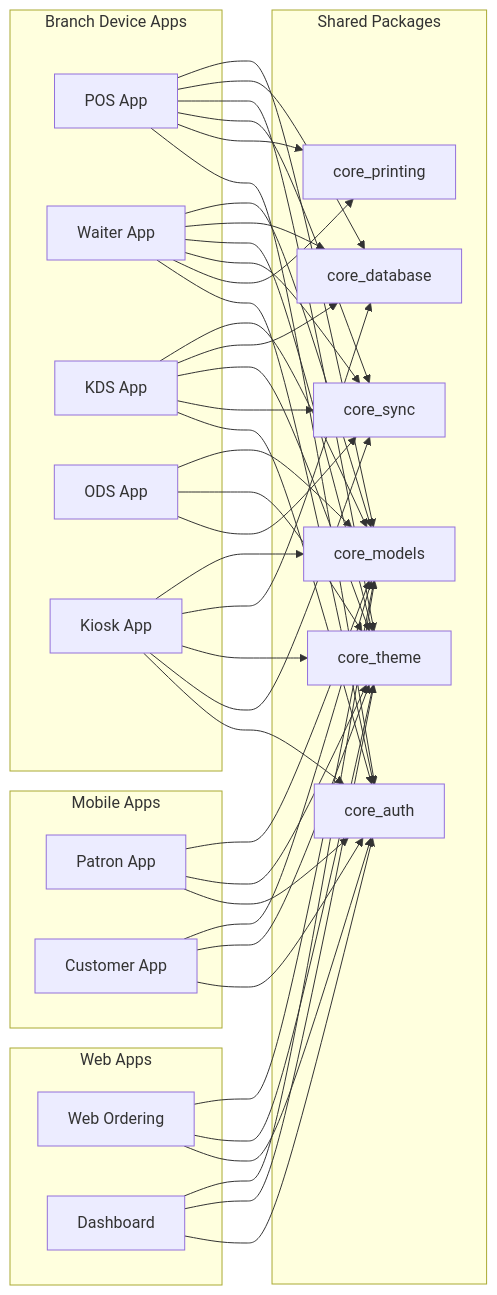
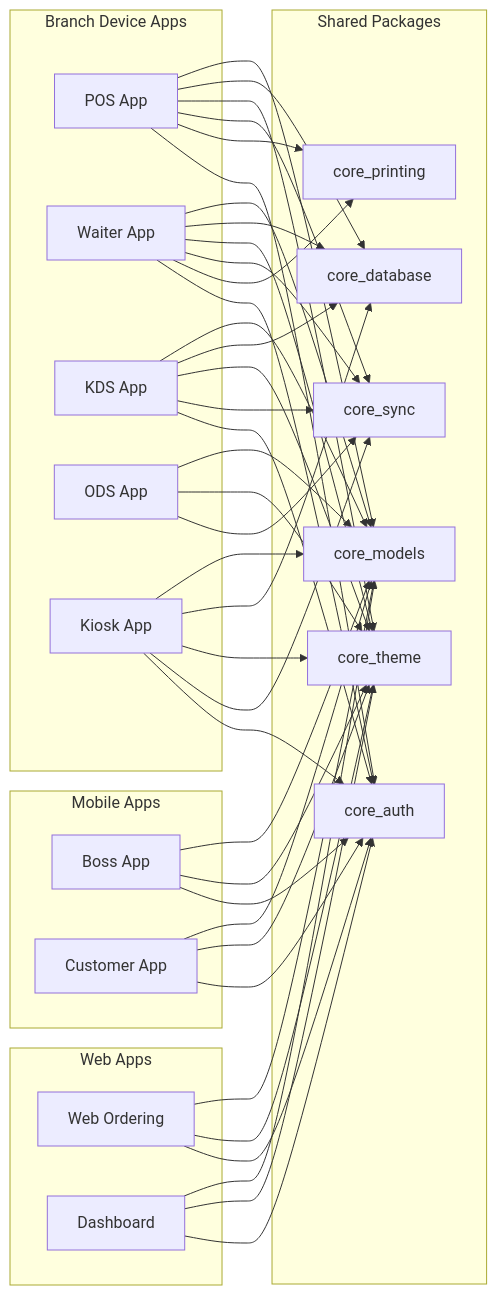
The third of 7 diagrams in docs/22-multi-app-architecture.md (2techdev/restaurant), drawn with Mermaid before and after one commit. The commit also changed other lines of this file and 5 other files, not shown here.

First line of the commit message:
rename: patron → boss (post-pilot owner mobile app)

````diff
--- a/docs/22-multi-app-architecture.md
+++ b/docs/22-multi-app-architecture.md
@@ -273,75 +273,75 @@
 ```mermaid
 graph LR
     subgraph "Shared Packages"
         MODELS["core_models"]
         DB["core_database"]
         THEME["core_theme"]
         SYNC["core_sync"]
         PRINT["core_printing"]
         AUTH["core_auth"]
     end
 
     subgraph "Branch Device Apps"
         POS["POS App"]
         WAITER["Waiter App"]
         KDS["KDS App"]
         ODS["ODS App"]
         KIOSK["Kiosk App"]
     end
 
     subgraph "Mobile Apps"
-        PATRON["Patron App"]
+        BOSS["Boss App"]
         CUSTOMER["Customer App"]
     end
 
     subgraph "Web Apps"
         WEB_ORDER["Web Ordering"]
         DASHBOARD["Dashboard"]
     end
 
     POS --> MODELS
     POS --> DB
     POS --> THEME
     POS --> SYNC
     POS --> PRINT
     POS --> AUTH
 
     WAITER --> MODELS
     WAITER --> DB
     WAITER --> THEME
     WAITER --> SYNC
     WAITER --> PRINT
     WAITER --> AUTH
 
     KDS --> MODELS
     KDS --> DB
     KDS --> THEME
     KDS --> SYNC
     KDS --> AUTH
 
     ODS --> MODELS
     ODS --> THEME
     ODS --> SYNC
 
     KIOSK --> MODELS
     KIOSK --> DB
     KIOSK --> THEME
     KIOSK --> SYNC
     KIOSK --> AUTH
 
-    PATRON --> MODELS
-    PATRON --> THEME
-    PATRON --> AUTH
+    BOSS --> MODELS
+    BOSS --> THEME
+    BOSS --> AUTH
 
     CUSTOMER --> MODELS
     CUSTOMER --> THEME
     CUSTOMER --> AUTH
 
     WEB_ORDER --> MODELS
     WEB_ORDER --> THEME
     WEB_ORDER --> AUTH
 
     DASHBOARD --> MODELS
     DASHBOARD --> THEME
     DASHBOARD --> AUTH
 ```
````
